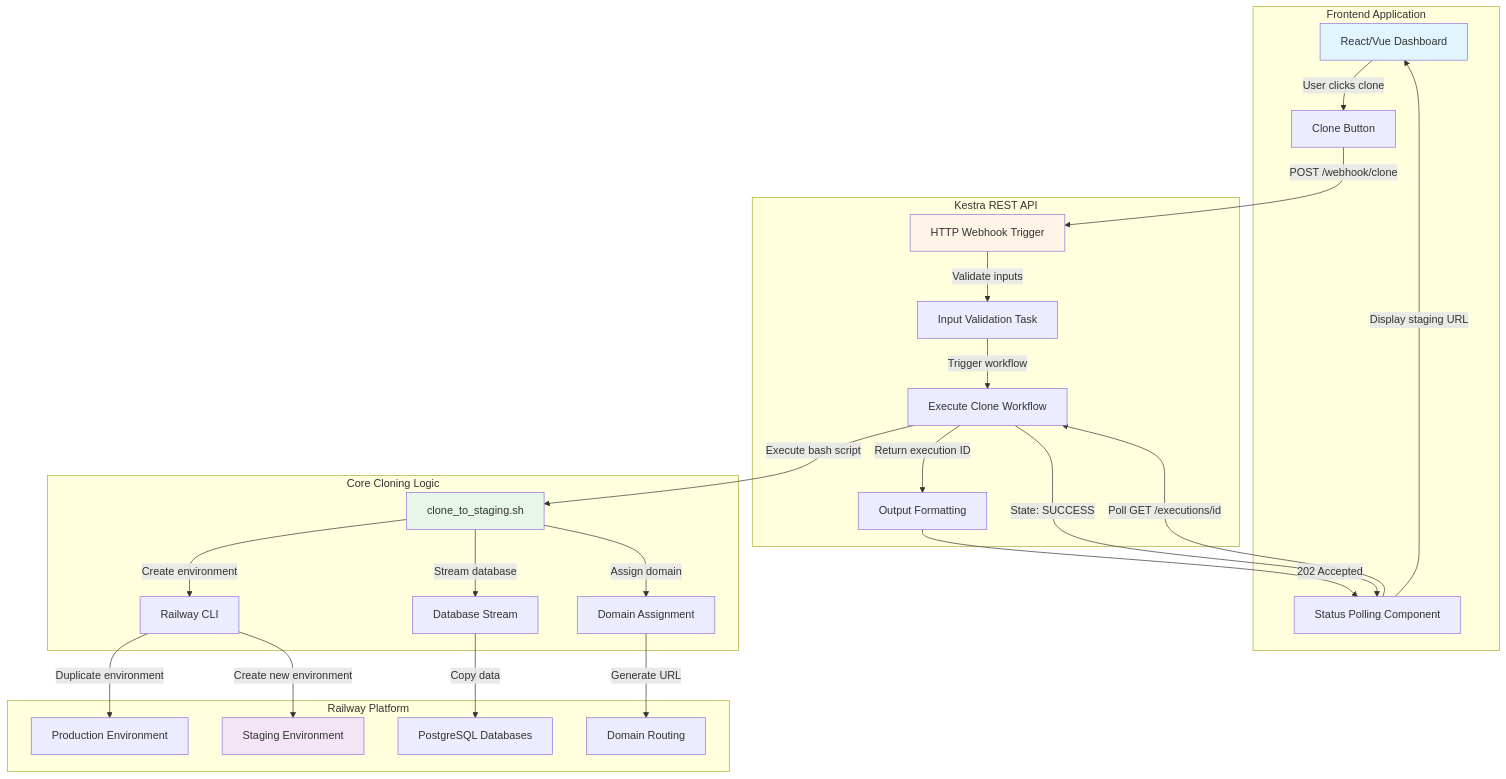
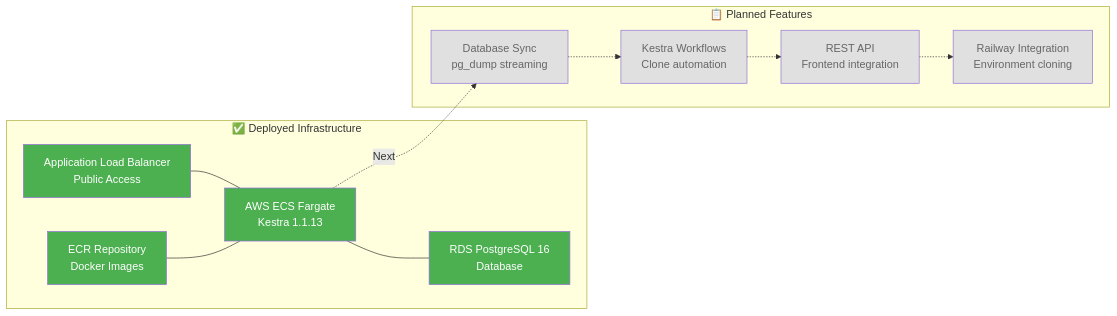
Before and after one commit to bonnelAI/Webdevai-infrastructure: the first of 2 diagrams in README.md, drawn with Mermaid. The commit also changed other lines of this file and 19 other files, not shown here.

First line of the commit message:
feat: Deploy Kestra to AWS ECS Fargate with RDS PostgreSQL

````diff
--- a/README.md
+++ b/README.md
@@ -20,52 +11,34 @@
 ```mermaid
-graph TB
-    subgraph "Frontend Application"
-        A[React/Vue Dashboard]
-        B[Clone Button]
-        C[Status Polling Component]
+graph LR
+    subgraph "✅ Deployed Infrastructure"
+        A[AWS ECS Fargate<br/>Kestra 1.1.13]
+        B[RDS PostgreSQL 16<br/>Database]
+        C[Application Load Balancer<br/>Public Access]
+        D[ECR Repository<br/>Docker Images]
     end
     
-    subgraph "Kestra REST API"
-        D[HTTP Webhook Trigger]
-        E[Input Validation Task]
-        F[Execute Clone Workflow]
-        G[Output Formatting]
+    subgraph "📋 Planned Features"
+        E[Database Sync<br/>pg_dump streaming]
+        F[Kestra Workflows<br/>Clone automation]
+        G[REST API<br/>Frontend integration]
+        H[Railway Integration<br/>Environment cloning]
     end
     
-    subgraph "Core Cloning Logic"
-        H[clone_to_staging.sh]
-        I[Railway CLI]
-        J[Database Stream]
-        K[Domain Assignment]
-    end
+    A --- B
+    C --- A
+    D --- A
     
-    subgraph "Railway Platform"
-        L[Production Environment]
-        M[Staging Environment]
-        N[PostgreSQL Databases]
-        O[Domain Routing]
-    end
+    A -.->|Next| E
+    E -.-> F
+    F -.-> G
+    G -.-> H
     
-    A -->|User clicks clone| B
-    B -->|POST /webhook/clone| D
-    D -->|Validate inputs| E
-    E -->|Trigger workflow| F
-    F -->|Execute bash script| H
-    H -->|Create environment| I
-    H -->|Stream database| J
-    H -->|Assign domain| K
-    I -->|Duplicate environment| L
-    I -->|Create new environment| M
-    J -->|Copy data| N
-    K -->|Generate URL| O
-    F -->|Return execution ID| G
-    G -->|202 Accepted| C
-    C -->|Poll GET /executions/id| F
-    F -->|State: SUCCESS| C
-    C -->|Display staging URL| A
-    
-    style A fill:#e1f5ff
-    style D fill:#fff4e6
-    style H fill:#e8f5e9
-    style M fill:#f3e5f5
+    style A fill:#4CAF50,color:#fff
+    style B fill:#4CAF50,color:#fff
+    style C fill:#4CAF50,color:#fff
+    style D fill:#4CAF50,color:#fff
+    style E fill:#E0E0E0,color:#666
+    style F fill:#E0E0E0,color:#666
+    style G fill:#E0E0E0,color:#666
+    style H fill:#E0E0E0,color:#666
 ```
````
